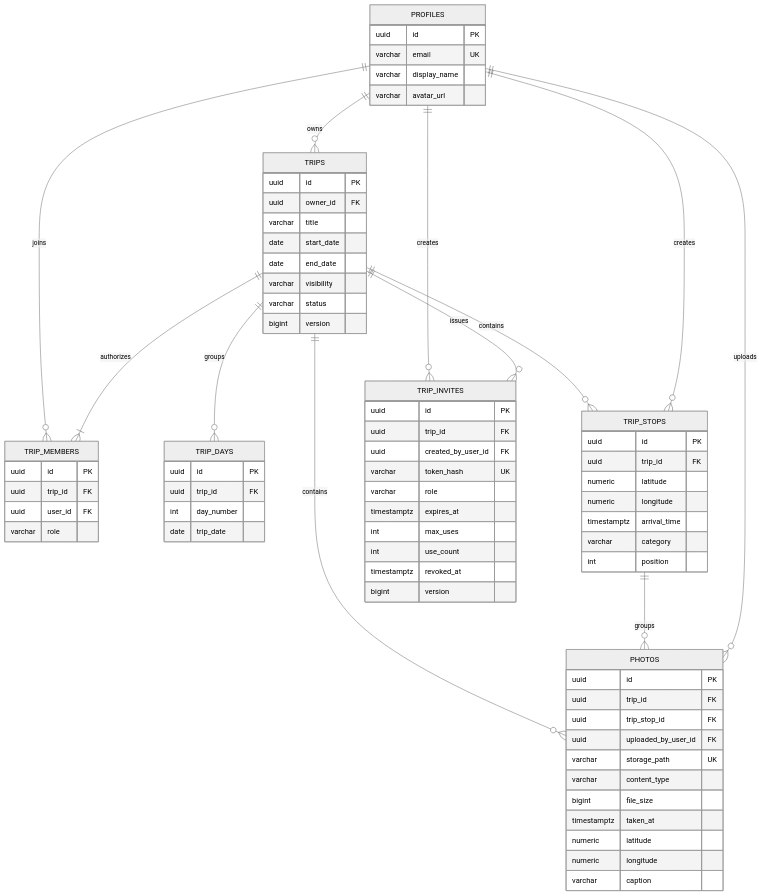
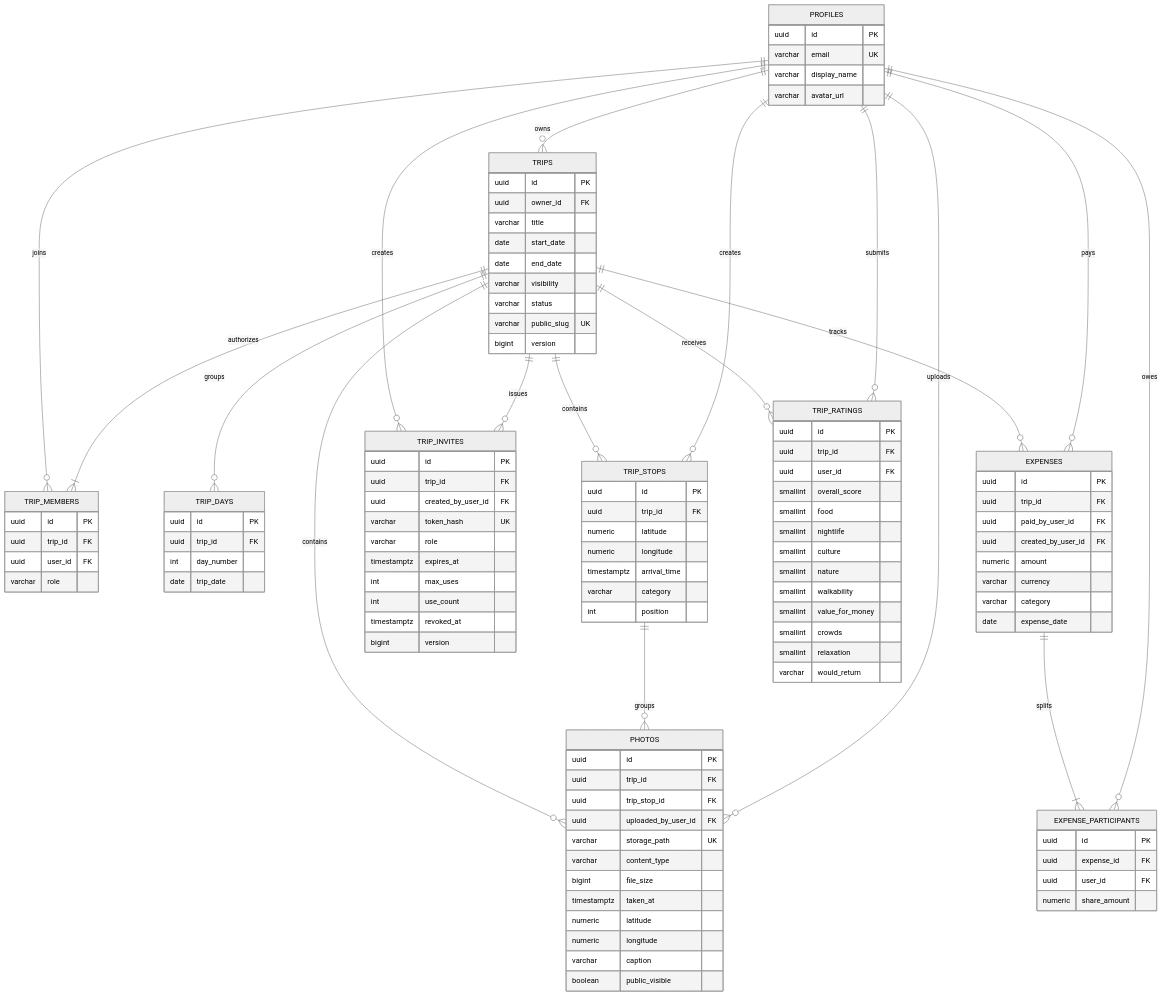
The diagram in docs/database/database-schema.md (ilynet-0302/Travel-Memory-Map), drawn with Mermaid (neutral theme) before and after one commit. The commit also changed other lines of this file and 14 other files, not shown here.

````diff
--- a/docs/database/database-schema.md
+++ b/docs/database/database-schema.md
@@ -15,6 +15,12 @@
     TRIPS ||--o{ PHOTOS : contains
     TRIP_STOPS ||--o{ PHOTOS : groups
     PROFILES ||--o{ PHOTOS : uploads
+    TRIPS ||--o{ EXPENSES : tracks
+    PROFILES ||--o{ EXPENSES : pays
+    EXPENSES ||--|{ EXPENSE_PARTICIPANTS : splits
+    PROFILES ||--o{ EXPENSE_PARTICIPANTS : owes
+    TRIPS ||--o{ TRIP_RATINGS : receives
+    PROFILES ||--o{ TRIP_RATINGS : submits
 
     PROFILES {
       uuid id PK
@@ -30,6 +36,7 @@
       date end_date
       varchar visibility
       varchar status
+      varchar public_slug UK
       bigint version
     }
     TRIP_MEMBERS {
@@ -77,5 +84,37 @@
       numeric latitude
       numeric longitude
       varchar caption
+      boolean public_visible
+    }
+    EXPENSES {
+      uuid id PK
+      uuid trip_id FK
+      uuid paid_by_user_id FK
+      uuid created_by_user_id FK
+      numeric amount
+      varchar currency
+      varchar category
+      date expense_date
+    }
+    EXPENSE_PARTICIPANTS {
+      uuid id PK
+      uuid expense_id FK
+      uuid user_id FK
+      numeric share_amount
+    }
+    TRIP_RATINGS {
+      uuid id PK
+      uuid trip_id FK
+      uuid user_id FK
+      smallint overall_score
+      smallint food
+      smallint nightlife
+      smallint culture
+      smallint nature
+      smallint walkability
+      smallint value_for_money
+      smallint crowds
+      smallint relaxation
+      varchar would_return
     }
 ```
````
